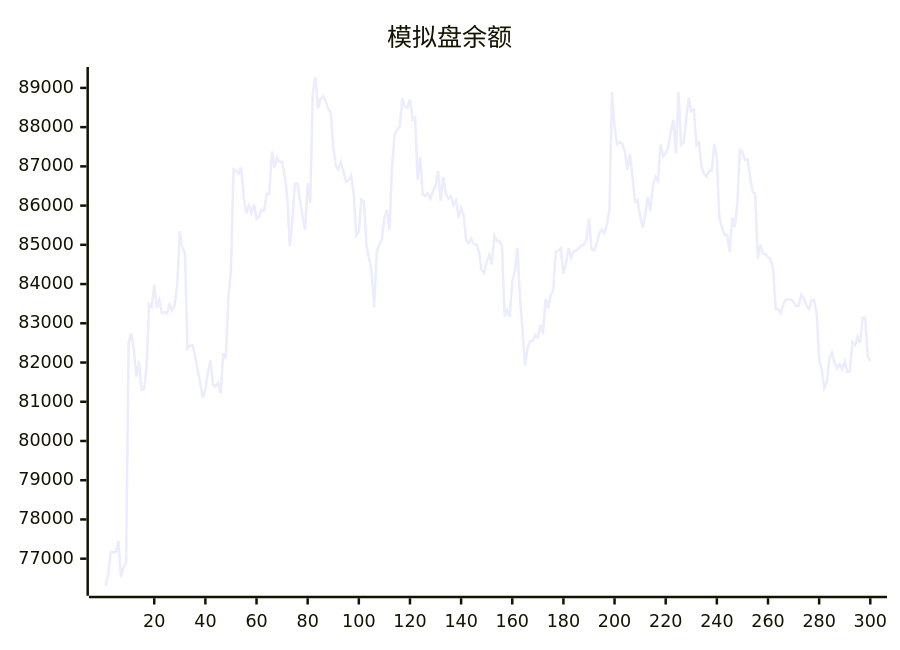
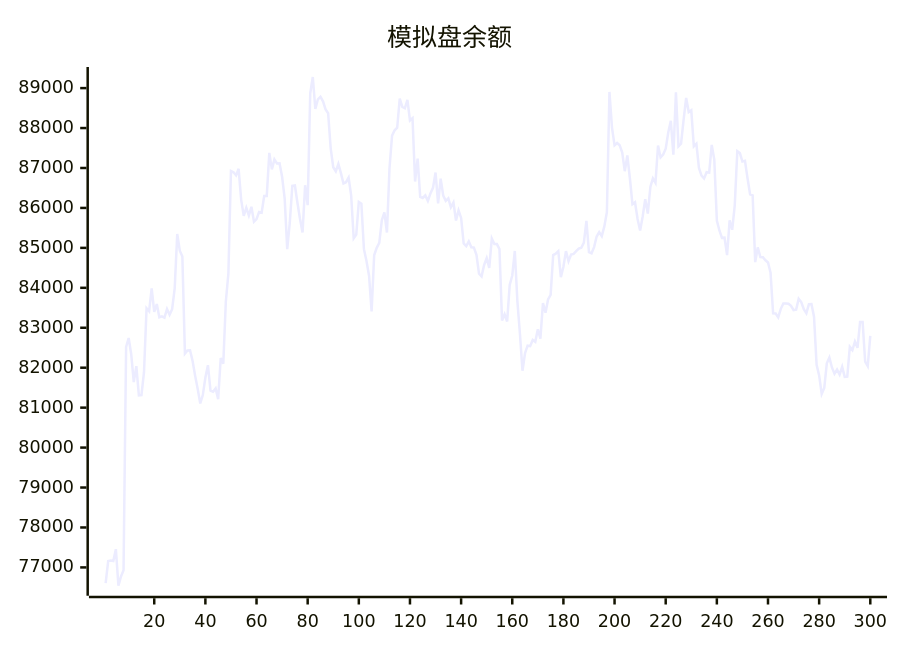
The diagram in README.md (aahl/ai-trading), drawn with Mermaid before and after one commit. The commit also changed other lines of this file and 1 other file, not shown here.

````diff
--- a/README.md
+++ b/README.md
@@ -5,5 +5,5 @@
 ```mermaid
 xychart
     title "模拟盘余额"
-    line [76310,76607,77160,77170,77160,77456,76541,76774,76927,82520,82744,82337,81639,82040,81307,81314,81887,83490,83414,83984,83396,83594,83261,83287,83253,83470,83327,83465,83987,85348,84930,84786,82355,82433,82438,82167,81795,81466,81105,81315,81756,82064,81426,81398,81481,81210,82242,82099,83658,84359,86925,86892,86814,86980,86203,85802,86003,85811,86028,85657,85721,85896,85880,86300,86299,87378,86965,87214,87115,87118,86780,86238,84966,85623,86555,86562,86129,85722,85387,86569,86070,88870,89278,88477,88720,88781,88668,88467,88372,87493,87018,86917,87102,86870,86613,86644,86758,86317,85242,85334,86149,86106,84968,84671,84302,83410,84816,85001,85127,85693,85891,85384,87001,87811,87945,88007,88734,88528,88495,88705,88189,88248,86662,87234,86279,86251,86314,86177,86364,86503,86886,86114,86731,86310,86176,86240,86017,86136,85685,85938,85749,85111,85044,85164,85016,85008,84824,84354,84287,84572,84745,84500,85234,85096,85095,84970,83180,83338,83157,84070,84309,84922,83667,82850,81924,82369,82552,82539,82695,82648,82962,82728,83619,83378,83710,83825,84819,84854,84917,84265,84527,84919,84668,84834,84850,84916,84981,85004,85131,85674,84891,84864,85019,85284,85393,85294,85538,85894,88904,88012,87567,87625,87568,87386,86920,87313,86737,86094,86143,85725,85437,85787,86219,85859,86526,86740,86630,87563,87264,87335,87483,87886,88180,87335,88894,87544,87608,88207,88755,88401,88444,87543,87608,87000,86810,86740,86894,86884,87576,87209,85686,85435,85251,85255,84820,85689,85453,86066,87420,87373,87161,87178,86740,86341,86315,84643,85012,84772,84768,84690,84635,84376,83360,83357,83259,83474,83608,83606,83602,83548,83440,83454,83724,83644,83464,83365,83590,83592,83275,82072,81806,81344,81492,82109,82254,82006,81848,81955,81829,82022,81769,81776,82522,82441,82656,82498,83144,83144,82150,82038]
+    line [76607,77160,77170,77160,77456,76541,76774,76927,82520,82744,82337,81639,82040,81307,81314,81887,83490,83414,83984,83396,83594,83261,83287,83253,83470,83327,83465,83987,85348,84930,84786,82355,82433,82438,82167,81795,81466,81105,81315,81756,82064,81426,81398,81481,81210,82242,82099,83658,84359,86925,86892,86814,86980,86203,85802,86003,85811,86028,85657,85721,85896,85880,86300,86299,87378,86965,87214,87115,87118,86780,86238,84966,85623,86555,86562,86129,85722,85387,86569,86070,88870,89278,88477,88720,88781,88668,88467,88372,87493,87018,86917,87102,86870,86613,86644,86758,86317,85242,85334,86149,86106,84968,84671,84302,83410,84816,85001,85127,85693,85891,85384,87001,87811,87945,88007,88734,88528,88495,88705,88189,88248,86662,87234,86279,86251,86314,86177,86364,86503,86886,86114,86731,86310,86176,86240,86017,86136,85685,85938,85749,85111,85044,85164,85016,85008,84824,84354,84287,84572,84745,84500,85234,85096,85095,84970,83180,83338,83157,84070,84309,84922,83667,82850,81924,82369,82552,82539,82695,82648,82962,82728,83619,83378,83710,83825,84819,84854,84917,84265,84527,84919,84668,84834,84850,84916,84981,85004,85131,85674,84891,84864,85019,85284,85393,85294,85538,85894,88904,88012,87567,87625,87568,87386,86920,87313,86737,86094,86143,85725,85437,85787,86219,85859,86526,86740,86630,87563,87264,87335,87483,87886,88180,87335,88894,87544,87608,88207,88755,88401,88444,87543,87608,87000,86810,86740,86894,86884,87576,87209,85686,85435,85251,85255,84820,85689,85453,86066,87420,87373,87161,87178,86740,86341,86315,84643,85012,84772,84768,84690,84635,84376,83360,83357,83259,83474,83608,83606,83602,83548,83440,83454,83724,83644,83464,83365,83590,83592,83275,82072,81806,81344,81492,82109,82254,82006,81848,81955,81829,82022,81769,81776,82522,82441,82656,82498,83144,83144,82150,82038,82797]
 ```
````
